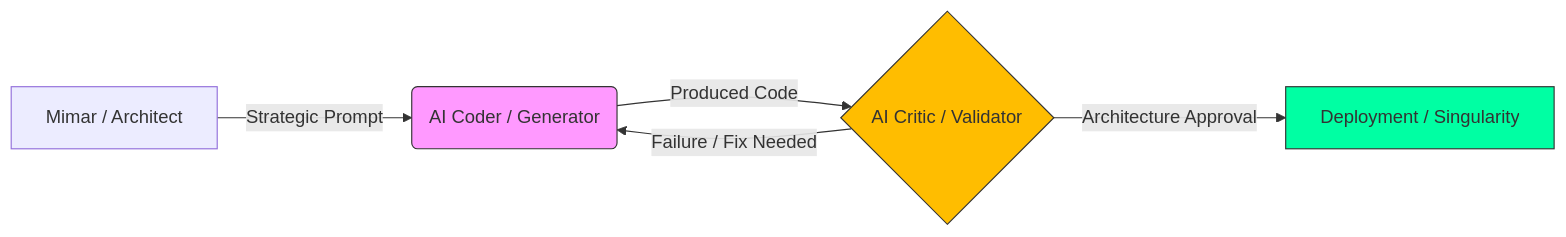
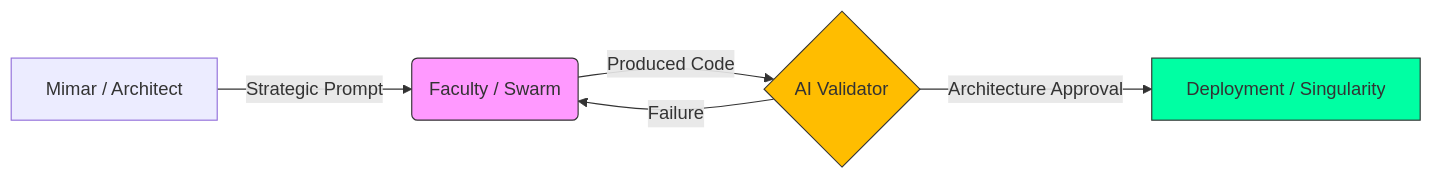
The diagram in README.md (arch-yunus/post-ai-swe), drawn with Mermaid before and after one commit. The commit also changed other lines of this file, not shown here.

````diff
--- a/README.md
+++ b/README.md
@@ -112,10 +116,10 @@
 ```mermaid
 graph LR
-    A[Mimar / Architect] -->|Strategic Prompt| B(AI Coder / Generator)
-    B -->|Produced Code| C{AI Critic / Validator}
-    C -->|Failure / Fix Needed| B
+    A[Mimar / Architect] -->|Strategic Prompt| B(Faculty / Swarm)
+    B -->|Produced Code| C{AI Validator}
+    C -->|Failure| B
     C -->|Architecture Approval| D[Deployment / Singularity]
     style B fill:#f9f,stroke:#333
     style C fill:#FFBD00,stroke:#333
     style D fill:#00FFA3,stroke:#333
 ```
````
